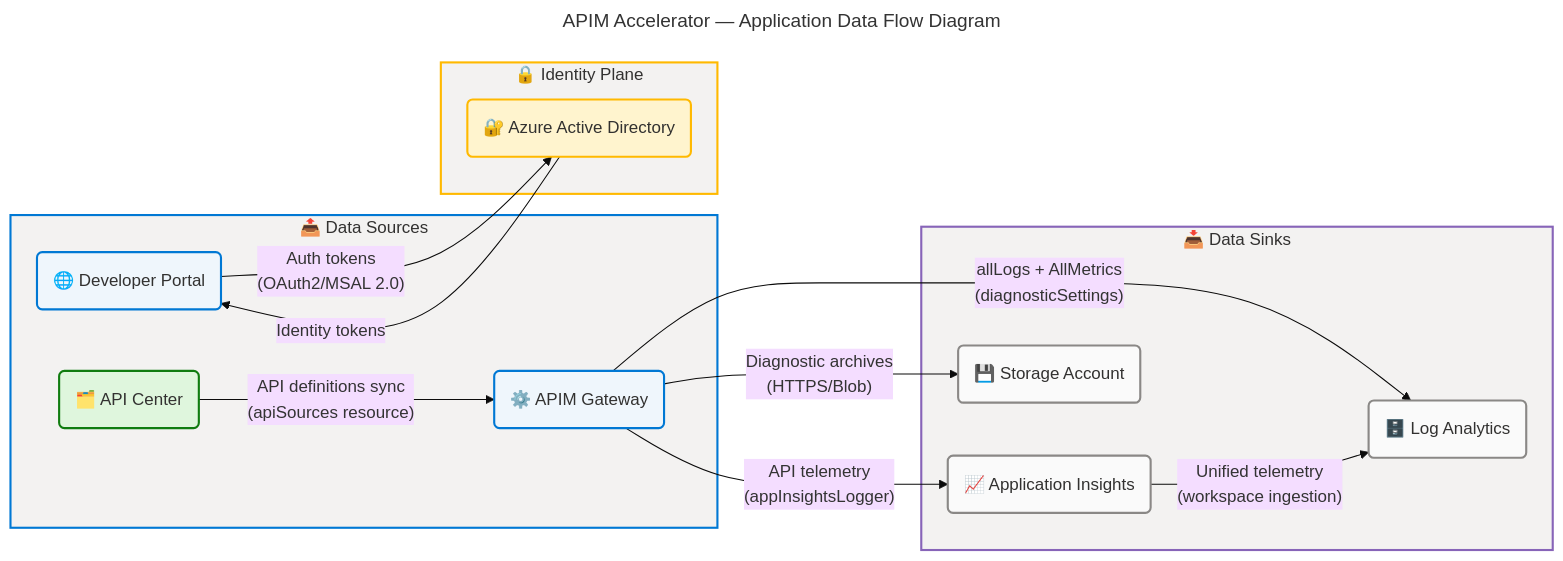
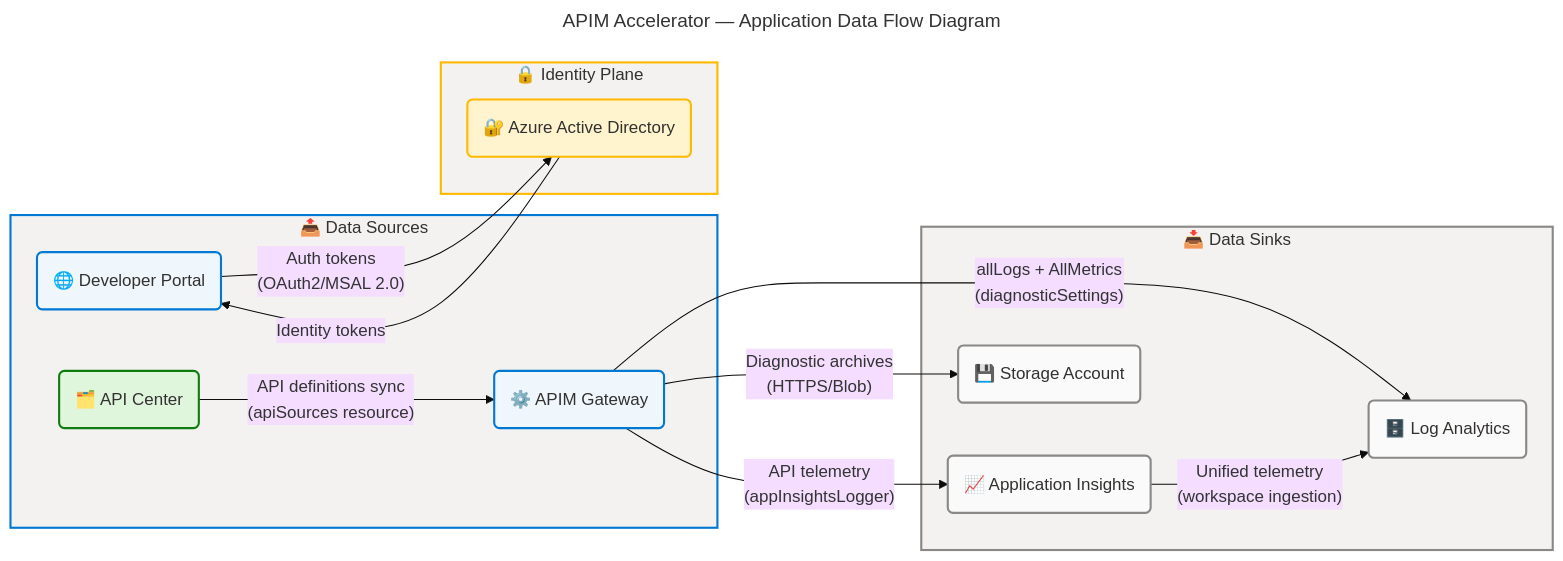
Before and after one commit to Evilazaro/APIM-Accelerator: the eighth of 8 diagrams in docs/architecture/application-architecture.md, drawn with Mermaid. The commit also changed other lines of this file, not shown here.

Commit message:
style: update color codes in flowchart for consistency and improved readability

````diff
--- a/docs/architecture/application-architecture.md
+++ b/docs/architecture/application-architecture.md
@@ -1307,60 +1307,60 @@
 ```mermaid
 ---
 title: "APIM Accelerator — Application Data Flow Diagram"
 config:
   theme: base
   look: classic
   layout: dagre
   themeVariables:
     fontSize: '16px'
   flowchart:
     htmlLabels: true
 ---
 flowchart LR
     accTitle: APIM Accelerator Application Data Flow Diagram
     accDescr: Data flow diagram showing runtime and deploy-time data movements between application services including diagnostic streams telemetry flows API catalog synchronization and authentication token flows
 
     %% ═══════════════════════════════════════════════════════════════════════════
     %% AZURE / FLUENT ARCHITECTURE PATTERN v1.1
     %% (Semantic + Structural + Font + Accessibility Governance)
     %% ═══════════════════════════════════════════════════════════════════════════
     %% PHASE 1 - FLUENT UI: All styling uses approved Fluent UI palette only
     %% PHASE 2 - GROUPS: Every subgraph has semantic color via style directive
     %% PHASE 3 - COMPONENTS: Every node has semantic classDef + icon prefix
     %% PHASE 4 - ACCESSIBILITY: accTitle/accDescr present, WCAG AA contrast
     %% PHASE 5 - STANDARD: Governance block present, classDefs centralized
     %% ═══════════════════════════════════════════════════════════════════════════
 
     subgraph SOURCES["📤 Data Sources"]
         APIM("⚙️ APIM Gateway"):::core
         PORTAL("🌐 Developer Portal"):::core
         APIC("🗂️ API Center"):::success
     end
 
     subgraph SINKS["📥 Data Sinks"]
         LAW("🗄️ Log Analytics"):::neutral
         APPINS("📈 Application Insights"):::neutral
         SA("💾 Storage Account"):::neutral
     end
 
     subgraph IDENTITY["🔒 Identity Plane"]
         AD("🔐 Azure Active Directory"):::warning
     end
 
     APIM -->|"allLogs + AllMetrics<br>(diagnosticSettings)"| LAW
     APIM -->|"API telemetry<br>(appInsightsLogger)"| APPINS
     APIM -->|"Diagnostic archives<br>(HTTPS/Blob)"| SA
     APPINS -->|"Unified telemetry<br>(workspace ingestion)"| LAW
     PORTAL -->|"Auth tokens<br>(OAuth2/MSAL 2.0)"| AD
     AD -->|"Identity tokens"| PORTAL
     APIC -->|"API definitions sync<br>(apiSources resource)"| APIM
 
     classDef neutral fill:#FAFAFA,stroke:#8A8886,stroke-width:2px,color:#323130
     classDef core fill:#EFF6FC,stroke:#0078D4,stroke-width:2px,color:#323130
     classDef success fill:#DFF6DD,stroke:#107C10,stroke-width:2px,color:#323130
     classDef warning fill:#FFF4CE,stroke:#FFB900,stroke-width:2px,color:#323130
 
     style SOURCES fill:#F3F2F1,stroke:#0078D4,stroke-width:2px,color:#323130
-    style SINKS fill:#F3F2F1,stroke:#8764B8,stroke-width:2px,color:#323130
+    style SINKS fill:#F3F2F1,stroke:#8A8886,stroke-width:2px,color:#323130
     style IDENTITY fill:#F3F2F1,stroke:#FFB900,stroke-width:2px,color:#323130
 ```
````
